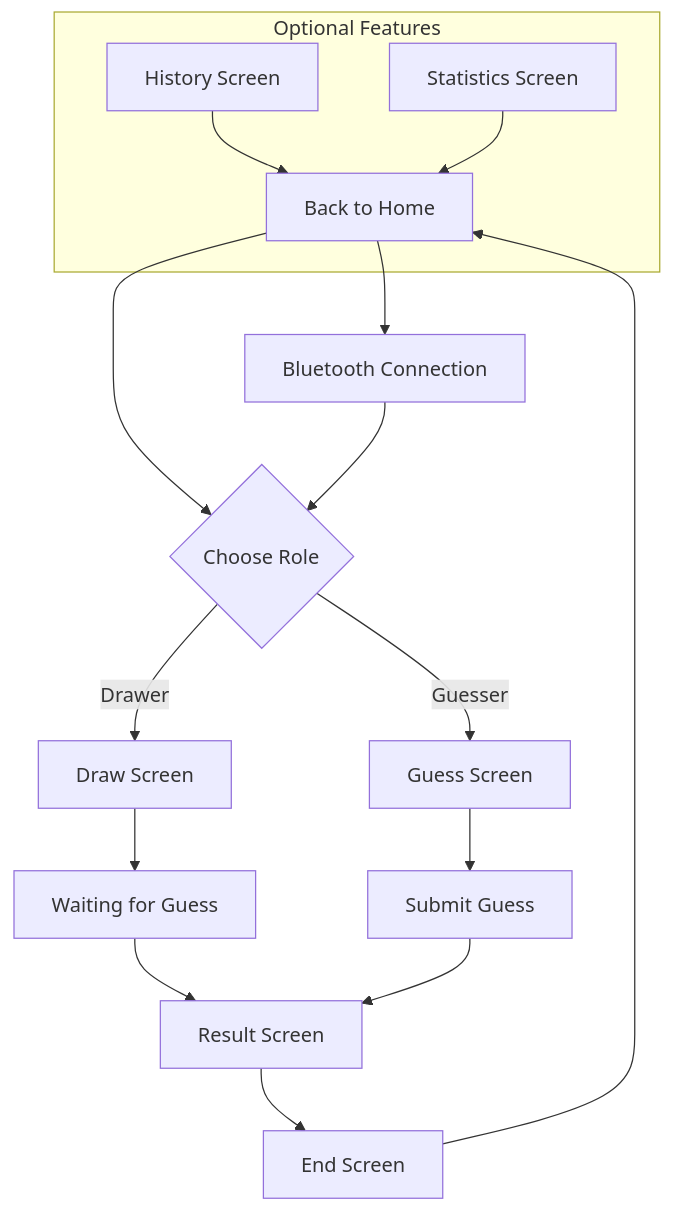
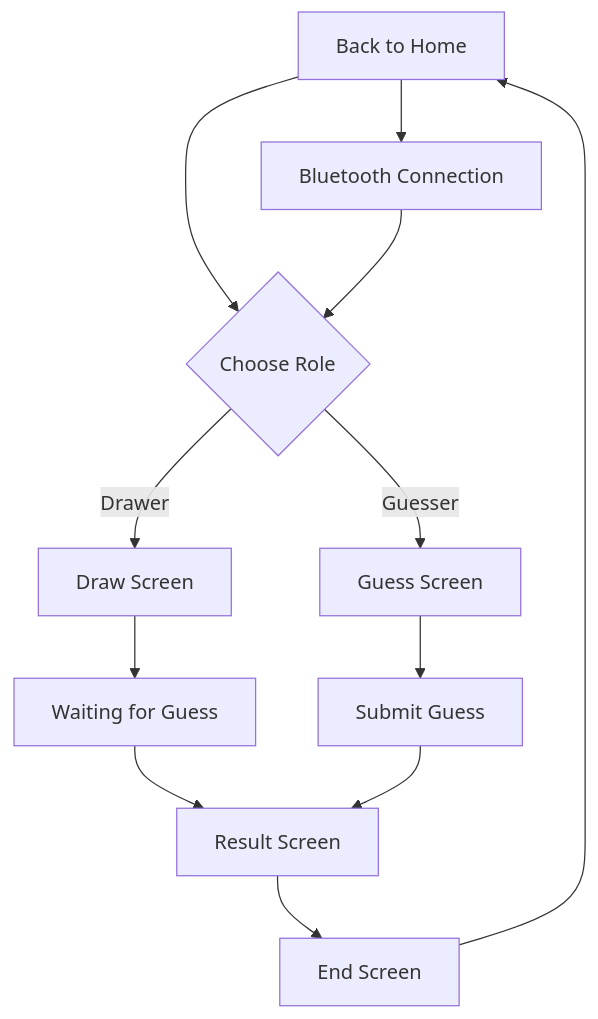
One commit to Samupietila/MobiilisovellusProjekti changed the diagram in documentation/README.md. Above: the diagram before and after it, drawn with Mermaid.

````diff
--- a/documentation/README.md
+++ b/documentation/README.md
@@ -125,22 +125,17 @@
 ```mermaid
 flowchart TD
     A[Home Screen] --> B{Choose Role}
     B -->|Drawer| C[Draw Screen]
     B -->|Guesser| D[Guess Screen]
     A --> E[Bluetooth Connection]
     E --> B
 
     C --> F[Waiting for Guess]
     D --> G[Submit Guess]
 
     F --> H[Result Screen]
     G --> H
 
     H --> I[End Screen]
     I --> A[Back to Home]
-
-    subgraph Optional Features
-        J[History Screen] --> A
-        K[Statistics Screen] --> A
-    end
 ```
````
